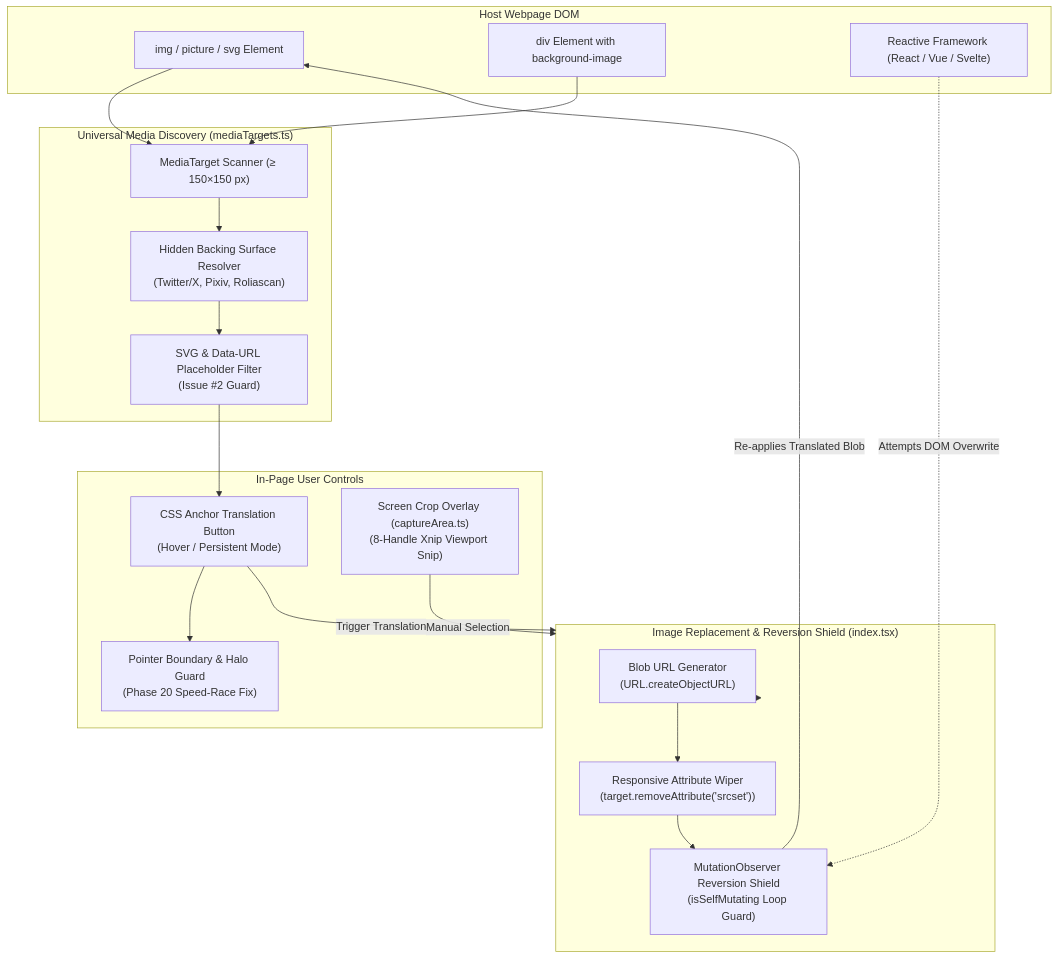
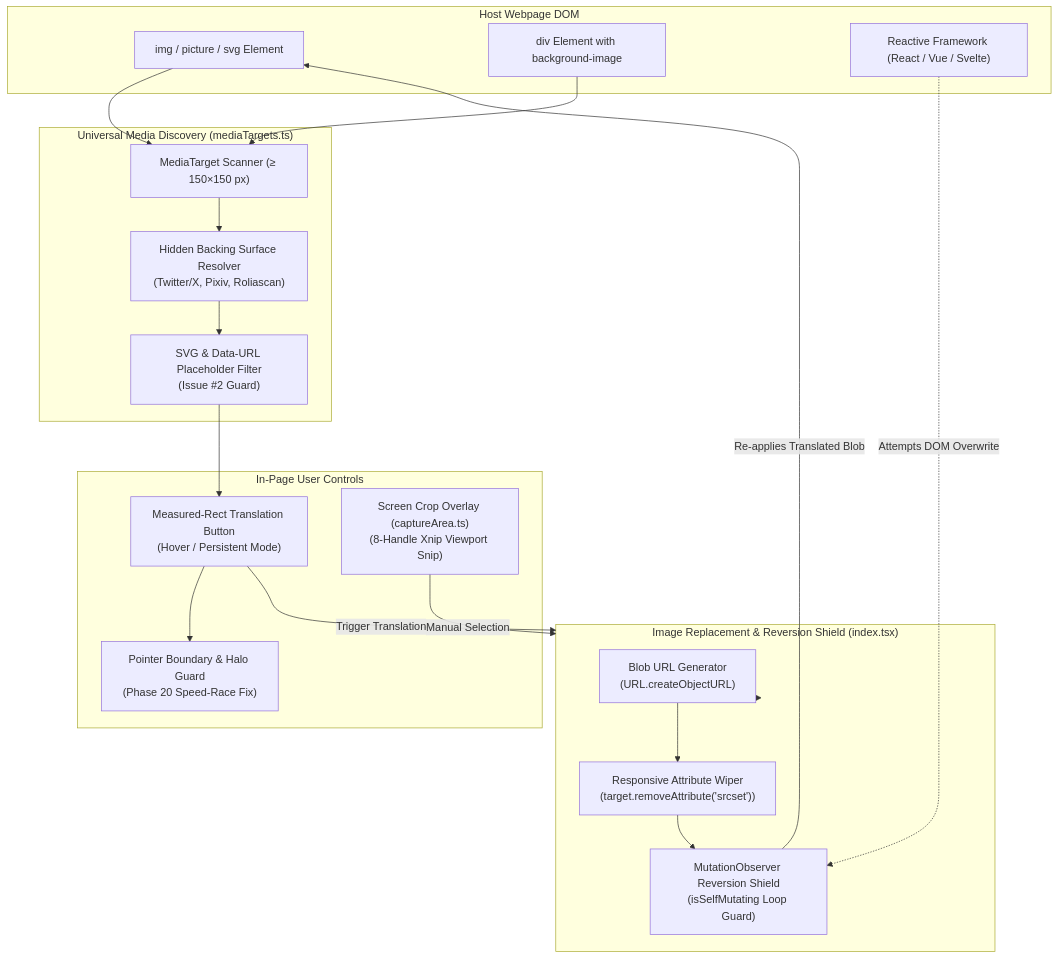
Before and after one commit to Unheat/Kites: the first of 4 diagrams in docs/architecture/content-script-and-media.md, drawn with Mermaid. The commit also changed other lines of this file and 10 other files, not shown here.

First line of the commit message:
fix(content): anchor hover button to the page under the cursor in layered readers

````diff
--- a/docs/architecture/content-script-and-media.md
+++ b/docs/architecture/content-script-and-media.md
@@ -9,42 +9,42 @@
 ```mermaid
 flowchart TD
     subgraph HostDOM["Host Webpage DOM"]
         ImgElement["img / picture / svg Element"]
         DivBacking["div Element with background-image"]
         SPARenderer["Reactive Framework (React / Vue / Svelte)"]
     end
 
     subgraph Discovery["Universal Media Discovery (mediaTargets.ts)"]
         Scanner["MediaTarget Scanner (≥ 150×150 px)"]
         PointerResolver["Hidden Backing Surface Resolver<br/>(Twitter/X, Pixiv, Roliascan)"]
         PlaceholderGuard["SVG & Data-URL Placeholder Filter<br/>(Issue #2 Guard)"]
     end
 
     subgraph InPageUI["In-Page User Controls"]
-        AnchorBtn["CSS Anchor Translation Button<br/>(Hover / Persistent Mode)"]
+        AnchorBtn["Measured-Rect Translation Button<br/>(Hover / Persistent Mode)"]
         HaloManager["Pointer Boundary & Halo Guard<br/>(Phase 20 Speed-Race Fix)"]
         ScreenCropper["Screen Crop Overlay (captureArea.ts)<br/>(8-Handle Xnip Viewport Snip)"]
     end
 
     subgraph Replacement["Image Replacement & Reversion Shield (index.tsx)"]
         BlobConverter["Blob URL Generator<br/>(URL.createObjectURL)"]
         SrcsetWiper["Responsive Attribute Wiper<br/>(target.removeAttribute('srcset'))"]
         ReversionShield["MutationObserver Reversion Shield<br/>(isSelfMutating Loop Guard)"]
     end
 
     ImgElement --> Scanner
     DivBacking --> Scanner
     Scanner --> PointerResolver
     PointerResolver --> PlaceholderGuard
     PlaceholderGuard --> AnchorBtn
 
     AnchorBtn --> HaloManager
     ScreenCropper -->|Manual Selection| Replacement
     AnchorBtn -->|Trigger Translation| Replacement
 
     Replacement --> BlobConverter
     BlobConverter --> SrcsetWiper
     SrcsetWiper --> ReversionShield
     SPARenderer -.->|Attempts DOM Overwrite| ReversionShield
     ReversionShield -->|Re-applies Translated Blob| ImgElement
 ```
````
